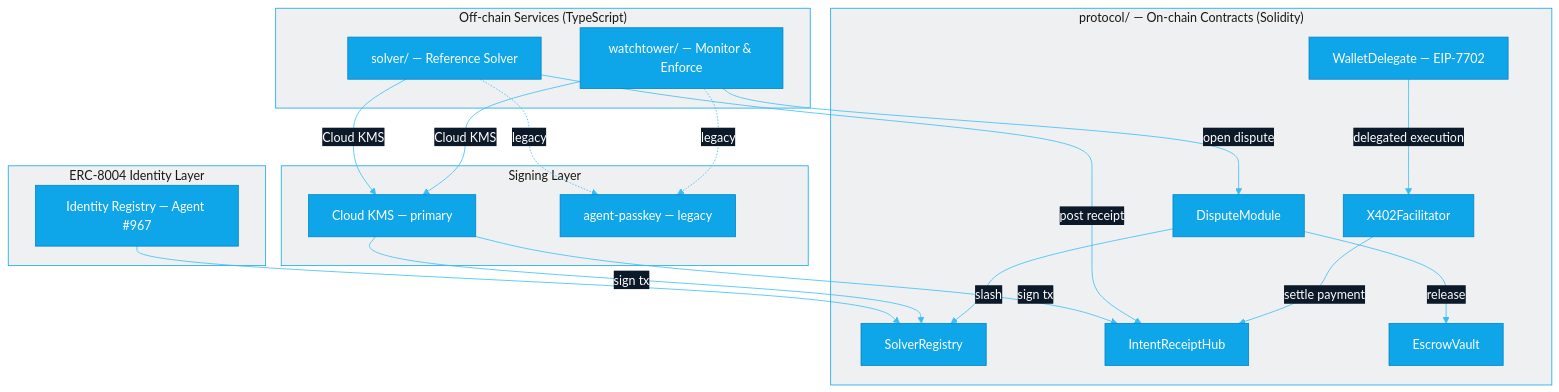
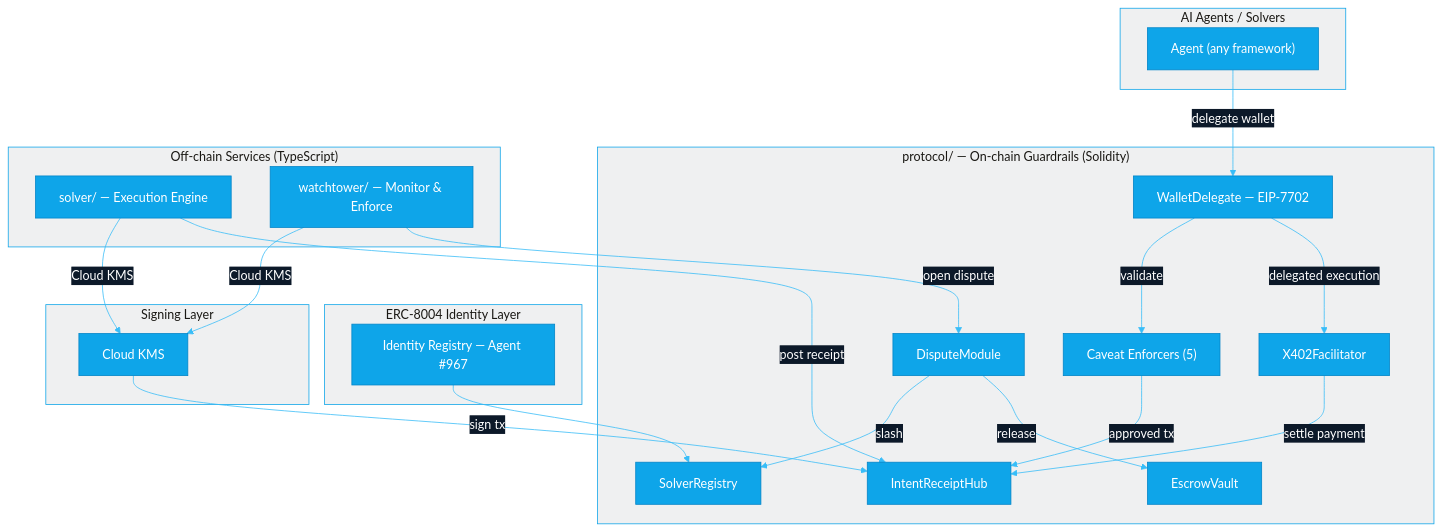
One commit to intent-solutions-io/irsb-workspace changed the second of 2 diagrams in README.md. Above: the diagram before and after it, drawn with Mermaid. The commit also changed other lines of this file, not shown here.

First line of the commit message:
docs: reframe root README to lead with AI agent guardrails narrative

````diff
--- a/README.md
+++ b/README.md
@@ -66,49 +95,53 @@
 ```mermaid
 %%{init: {'theme': 'base', 'themeVariables': {
   'primaryColor': '#0ea5e9',
   'primaryBorderColor': '#0284c7',
   'primaryTextColor': '#ffffff',
   'lineColor': '#38bdf8',
   'secondaryColor': '#0c1929',
   'tertiaryColor': '#e5e7eb',
   'clusterBkg': '#0c192910',
   'clusterBorder': '#0ea5e9'
 }}}%%
 flowchart TB
+    subgraph Agents["AI Agents / Solvers"]
+        AG["Agent (any framework)"]
+    end
+
     subgraph ERC8004["ERC-8004 Identity Layer"]
         REG["Identity Registry — Agent #967"]
     end
 
-    subgraph Protocol["protocol/ — On-chain Contracts (Solidity)"]
+    subgraph Protocol["protocol/ — On-chain Guardrails (Solidity)"]
+        WD["WalletDelegate — EIP-7702"]
+        ENF["Caveat Enforcers (5)"]
+        IRH[IntentReceiptHub]
         SR[SolverRegistry]
-        IRH[IntentReceiptHub]
         DM[DisputeModule]
         EV[EscrowVault]
-        WD["WalletDelegate — EIP-7702"]
         X402["X402Facilitator"]
     end
 
     subgraph Signing["Signing Layer"]
-        KMS["Cloud KMS — primary"]
-        AP["agent-passkey — legacy"]
+        KMS["Cloud KMS"]
     end
 
     subgraph OffChain["Off-chain Services (TypeScript)"]
-        SOL["solver/ — Reference Solver"]
+        SOL["solver/ — Execution Engine"]
         WT["watchtower/ — Monitor & Enforce"]
     end
 
+    AG -->|delegate wallet| WD
+    WD -->|validate| ENF
+    ENF -->|approved tx| IRH
     REG --> SR
     SOL -->|Cloud KMS| KMS
     WT -->|Cloud KMS| KMS
-    SOL -.->|legacy| AP
-    WT -.->|legacy| AP
     KMS -->|sign tx| IRH
-    KMS -->|sign tx| SR
     SOL -->|post receipt| IRH
     WT -->|open dispute| DM
     DM -->|slash| SR
     DM -->|release| EV
     WD -->|delegated execution| X402
     X402 -->|settle payment| IRH
 ```
````
